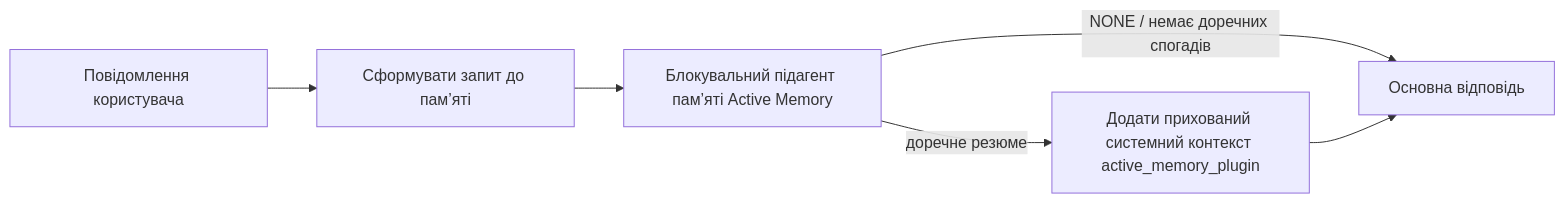
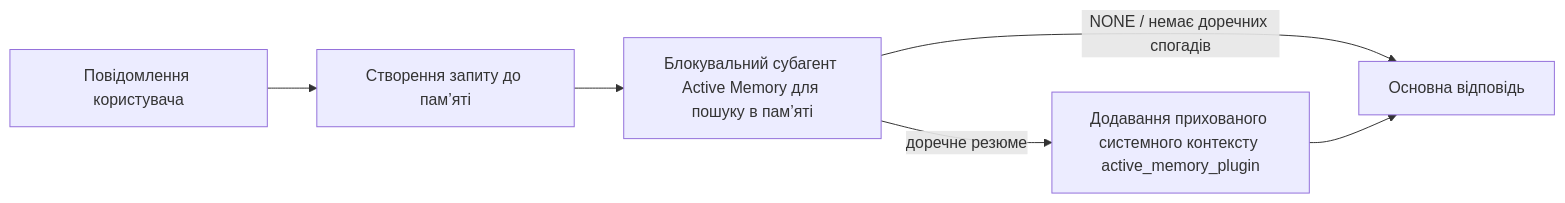
One commit to openclaw/docs changed the diagram in docs/uk/concepts/active-memory.md. Above: the diagram before and after it, drawn with Mermaid. The commit also changed other lines of this file and 6121 other files, not shown here.

````diff
--- a/docs/uk/concepts/active-memory.md
+++ b/docs/uk/concepts/active-memory.md
@@ -73,8 +84,8 @@
 ```mermaid
 flowchart LR
-  U["Повідомлення користувача"] --> Q["Сформувати запит до пам’яті"]
-  Q --> R["Блокувальний підагент пам’яті Active Memory"]
+  U["Повідомлення користувача"] --> Q["Створення запиту до пам’яті"]
+  Q --> R["Блокувальний субагент Active Memory для пошуку в пам’яті"]
   R -->|NONE / немає доречних спогадів| M["Основна відповідь"]
-  R -->|доречне резюме| I["Додати прихований системний контекст active_memory_plugin"]
+  R -->|доречне резюме| I["Додавання прихованого системного контексту active_memory_plugin"]
   I --> M["Основна відповідь"]
 ```
````
